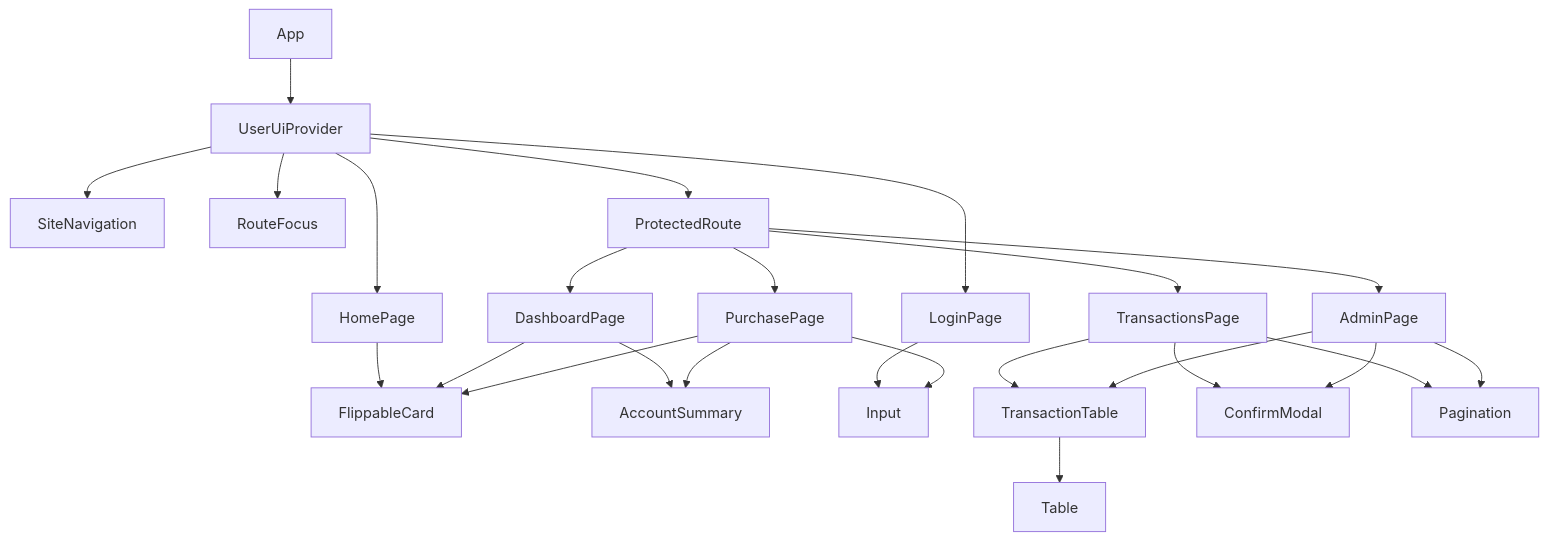
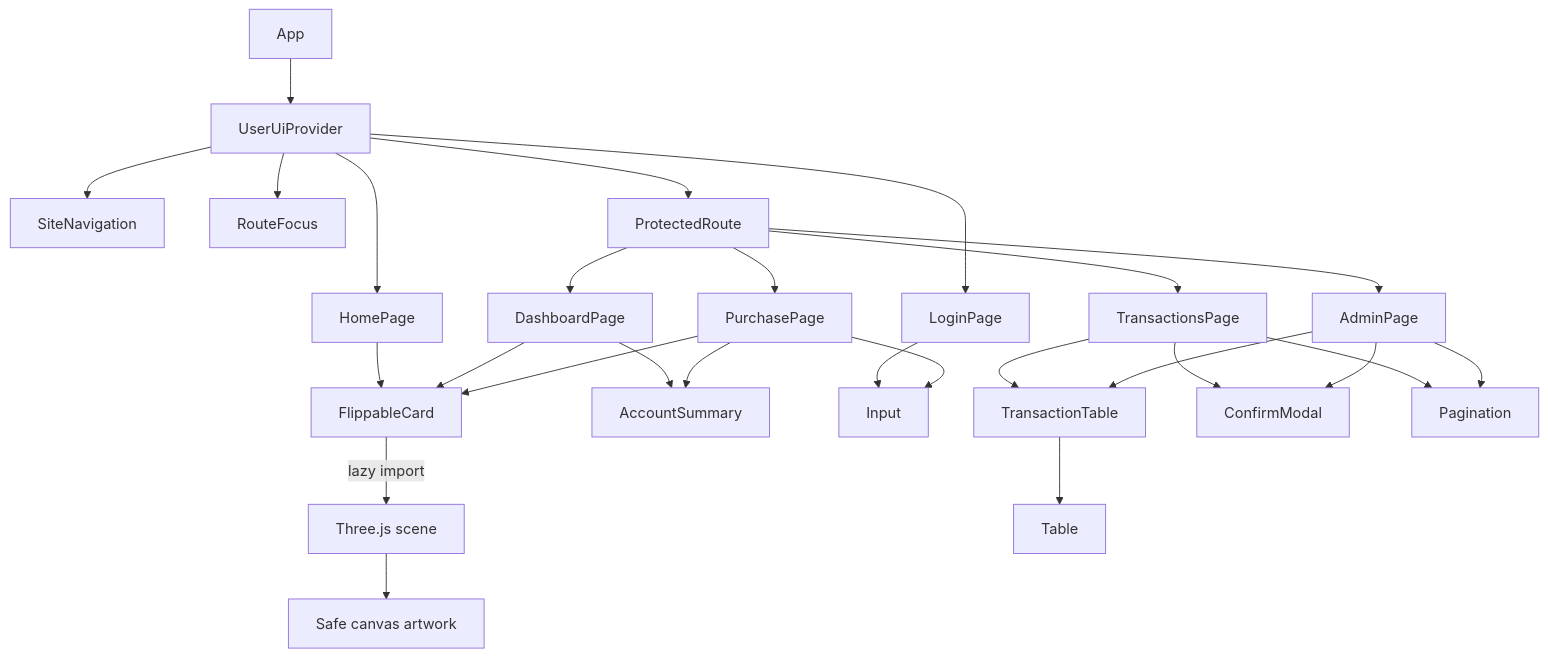
The diagram in outputs/02_Architecture/04_React_Component_Diagram.md (marvensj7/card-transaction-simulator), drawn with Mermaid before and after one commit. The commit also changed other lines of this file and 16 other files, not shown here.

Commit message:
Add a Three.js card with hover foil and idle shimmer

````diff
--- a/outputs/02_Architecture/04_React_Component_Diagram.md
+++ b/outputs/02_Architecture/04_React_Component_Diagram.md
@@ -3,27 +3,29 @@
 ```mermaid
 flowchart TD
     App --> UserUiProvider
     UserUiProvider --> SiteNavigation
     UserUiProvider --> RouteFocus
     UserUiProvider --> HomePage
     UserUiProvider --> LoginPage
     UserUiProvider --> ProtectedRoute
     ProtectedRoute --> DashboardPage
     ProtectedRoute --> PurchasePage
     ProtectedRoute --> TransactionsPage
     ProtectedRoute --> AdminPage
     HomePage --> FlippableCard
     DashboardPage --> FlippableCard
     PurchasePage --> FlippableCard
+    FlippableCard -->|lazy import| CardScene[Three.js scene]
+    CardScene --> CardArtwork[Safe canvas artwork]
     DashboardPage --> AccountSummary
     PurchasePage --> AccountSummary
     LoginPage --> Input
     PurchasePage --> Input
     TransactionsPage --> TransactionTable
     AdminPage --> TransactionTable
     TransactionTable --> Table
     TransactionsPage --> ConfirmModal
     AdminPage --> ConfirmModal
     TransactionsPage --> Pagination
     AdminPage --> Pagination
 ```
````
